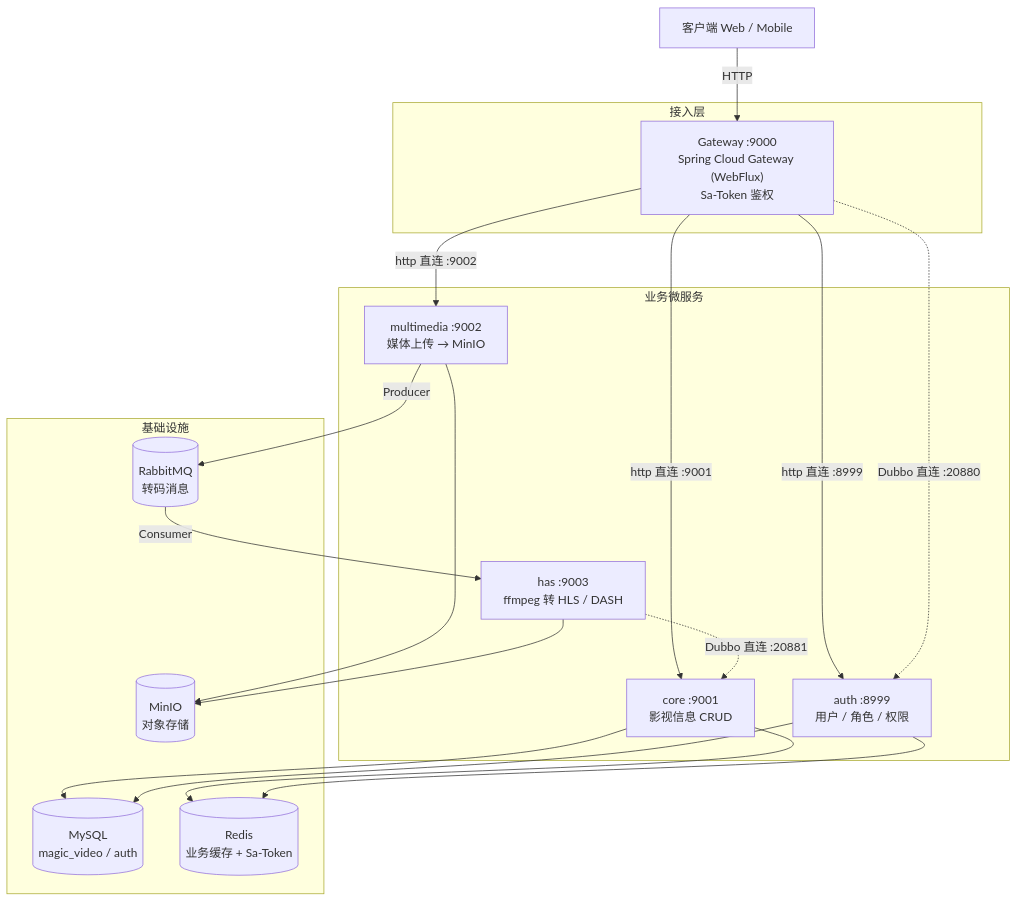
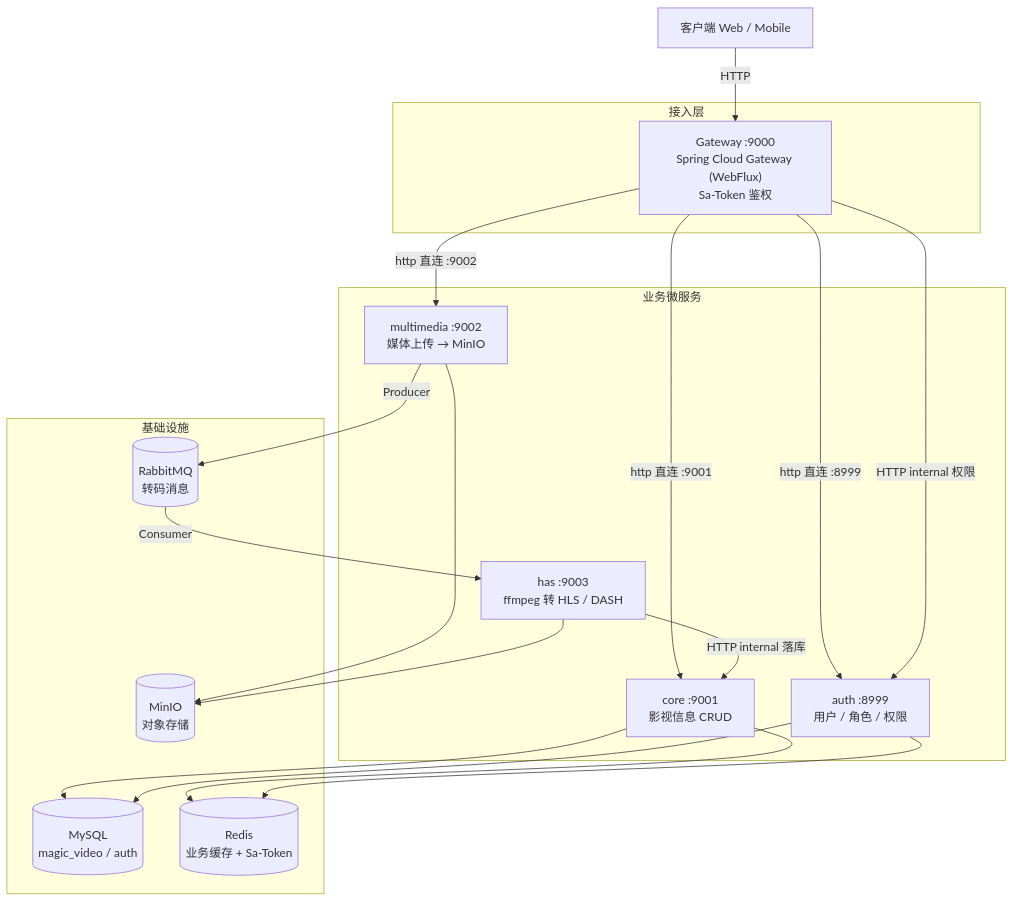
The diagram in README.md (xiaolinstar/magic-video-backend), drawn with Mermaid before and after one commit. The commit also changed other lines of this file and 13 other files, not shown here.

````diff
--- a/README.md
+++ b/README.md
@@ -58,39 +58,39 @@
 ```mermaid
 flowchart TB
     Client[客户端 Web / Mobile]
 
     subgraph Edge["接入层"]
         GW["Gateway :9000<br/>Spring Cloud Gateway (WebFlux)<br/>Sa-Token 鉴权"]
     end
 
     subgraph Services["业务微服务"]
         Auth["auth :8999<br/>用户 / 角色 / 权限"]
         Core["core :9001<br/>影视信息 CRUD"]
         MM["multimedia :9002<br/>媒体上传 → MinIO"]
         Has["has :9003<br/>ffmpeg 转 HLS / DASH"]
     end
 
     subgraph Infra["基础设施"]
         MySQL[(MySQL<br/>magic_video / auth)]
         Redis[(Redis<br/>业务缓存 + Sa-Token)]
         MQ[(RabbitMQ<br/>转码消息)]
         MinIO[(MinIO<br/>对象存储)]
     end
 
     Client -->|HTTP| GW
     GW -->|http 直连 :8999| Auth
     GW -->|http 直连 :9001| Core
     GW -->|http 直连 :9002| MM
+    GW -->|HTTP internal 权限| Auth
 
-    GW -.->|Dubbo 直连 :20880| Auth
     MM -->|Producer| MQ
     MQ -->|Consumer| Has
-    Has -.->|Dubbo 直连 :20881| Core
+    Has -->|HTTP internal 落库| Core
 
     Core --> MySQL
     Core --> Redis
     Auth --> MySQL
     Auth --> Redis
     MM --> MinIO
     Has --> MinIO
 ```
````
